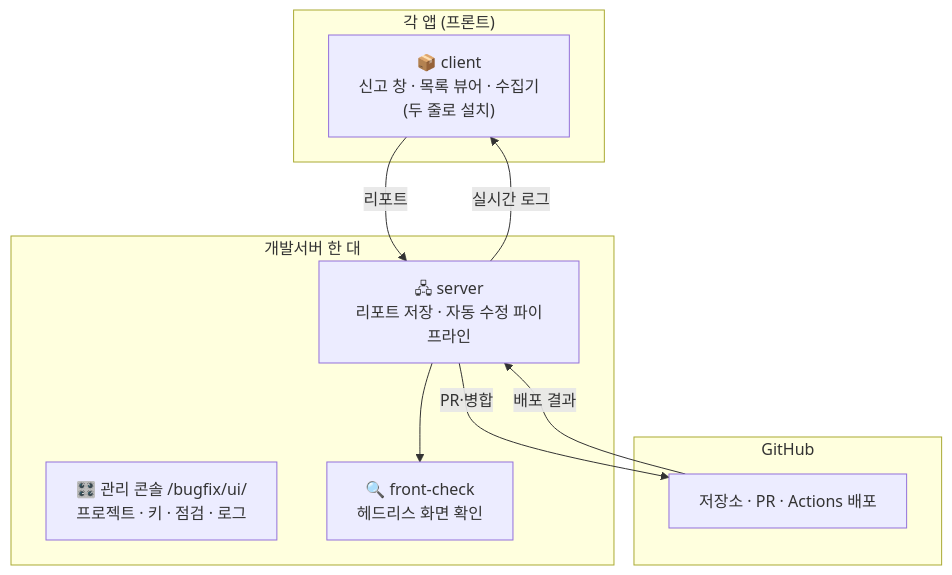
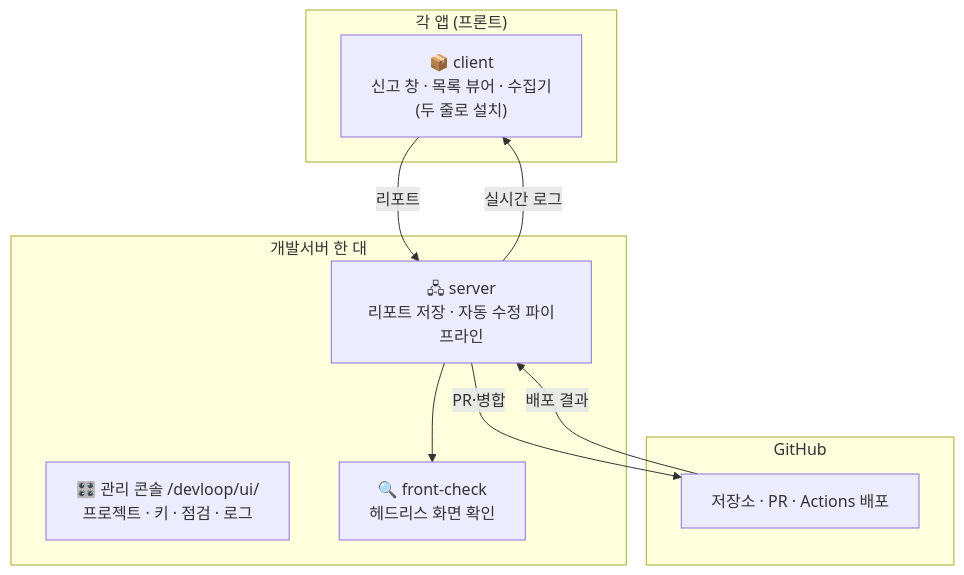
One commit to hskim2515/bugfix-kit changed the second of 4 diagrams in README.md. Above: the diagram before and after it, drawn with Mermaid. The commit also changed other lines of this file and 89 other files, not shown here.

Commit message:
rename: bugfix-kit → DevLoop (v0.2.0) - 패키지 devloop·@devloop/*, Java dev.devloop.spring·Devloop*, 프로퍼티 devloop.*, 환경변수 DEVLOOP_*, 경로 /devloop, 태그 devloop/v{n}, 브랜치 claude/devloop-*, 데이터·설정 디렉터리 devloop, 워크트리 .devloop/, 웹 컴포넌트 devloop-*, 전역 DevLoop

````diff
--- a/README.md
+++ b/README.md
@@ -21,19 +21,19 @@
 ```mermaid
 flowchart TB
     subgraph APP["각 앱 (프론트)"]
         C1["📦 client<br/>신고 창 · 목록 뷰어 · 수집기<br/>(두 줄로 설치)"]
     end
     subgraph SRV["개발서버 한 대"]
         S1["🖧 server<br/>리포트 저장 · 자동 수정 파이프라인"]
-        S2["🎛️ 관리 콘솔 /bugfix/ui/<br/>프로젝트 · 키 · 점검 · 로그"]
+        S2["🎛️ 관리 콘솔 /devloop/ui/<br/>프로젝트 · 키 · 점검 · 로그"]
         S3["🔍 front-check<br/>헤드리스 화면 확인"]
     end
     subgraph GH["GitHub"]
         G1["저장소 · PR · Actions 배포"]
     end
     C1 -- 리포트 --> S1
     S1 -- 실시간 로그 --> C1
     S1 --> S3
     S1 -- PR·병합 --> G1
     G1 -- 배포 결과 --> S1
 ```
````
